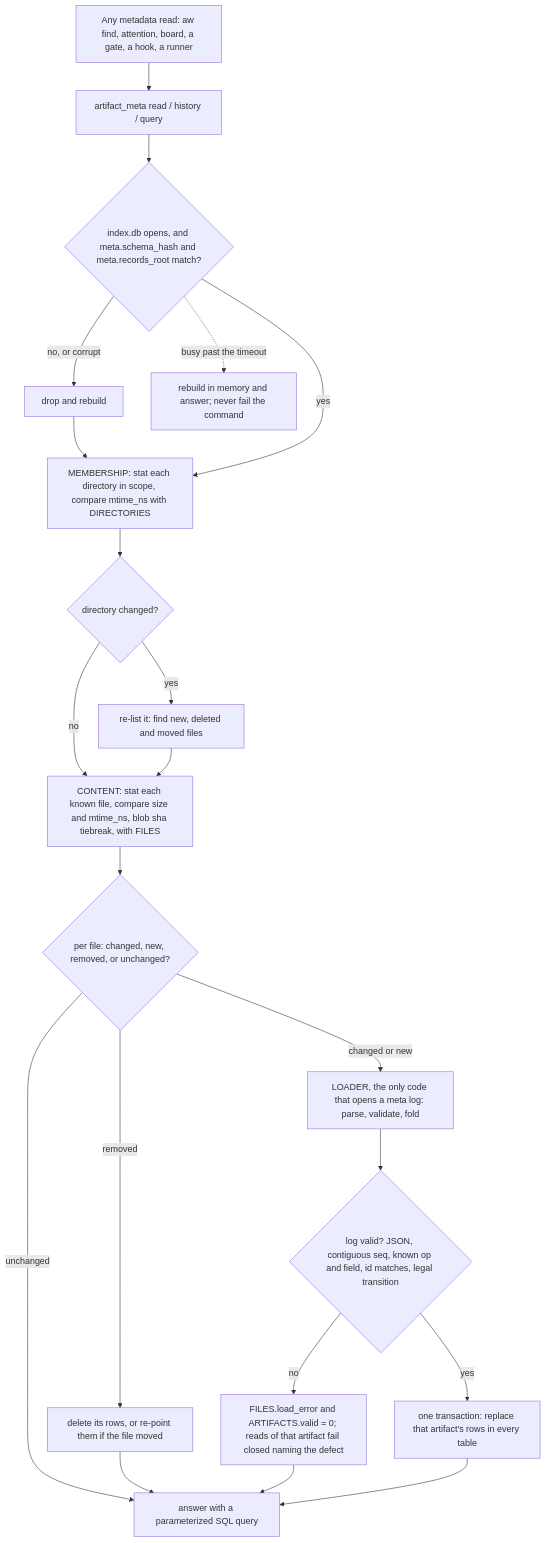
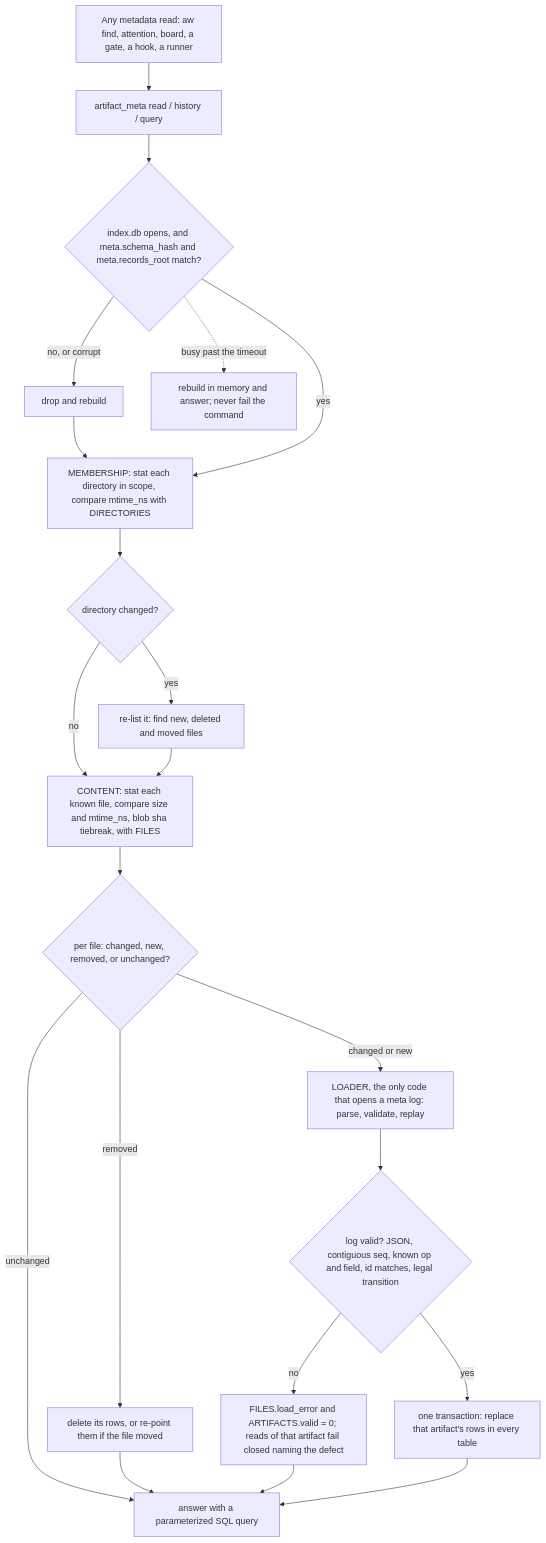
Before and after one commit to fariello/agent-workflows: the fourth of 10 diagrams in .aw/records/specs/reviewed/20260925-metastore-01-4sd62s-artifact-metadata-store.spec.md, drawn with Mermaid. The commit also changed other lines of this file, not shown here.

````diff
--- a/.aw/records/specs/reviewed/20260925-metastore-01-4sd62s-artifact-metadata-store.spec.md
+++ b/.aw/records/specs/reviewed/20260925-metastore-01-4sd62s-artifact-metadata-store.spec.md
@@ -1028,23 +1210,23 @@
 ```mermaid
 flowchart TD
     A["Any metadata read: aw find, attention, board, a gate, a hook, a runner"] --> B["artifact_meta read / history / query"]
     B --> C{"index.db opens, and meta.schema_hash and meta.records_root match?"}
     C -- "no, or corrupt" --> D["drop and rebuild"]
     D --> E
     C -- yes --> E["MEMBERSHIP: stat each directory in scope, compare mtime_ns with DIRECTORIES"]
     E --> E2{"directory changed?"}
     E2 -- yes --> E3["re-list it: find new, deleted and moved files"]
     E2 -- no --> E4
     E3 --> E4["CONTENT: stat each known file, compare size and mtime_ns, blob sha tiebreak, with FILES"]
     E4 --> F{"per file: changed, new, removed, or unchanged?"}
     F -- removed --> G["delete its rows, or re-point them if the file moved"]
-    F -- "changed or new" --> H["LOADER, the only code that opens a meta log: parse, validate, fold"]
+    F -- "changed or new" --> H["LOADER, the only code that opens a meta log: parse, validate, replay"]
     H --> I{"log valid? JSON, contiguous seq, known op and field, id matches, legal transition"}
     I -- no --> J["FILES.load_error and ARTIFACTS.valid = 0; reads of that artifact fail closed naming the defect"]
     I -- yes --> K["one transaction: replace that artifact's rows in every table"]
     F -- unchanged --> L
     G --> L
     J --> L
     K --> L["answer with a parameterized SQL query"]
     C -. "busy past the timeout" .-> M["rebuild in memory and answer; never fail the command"]
 ```
````
